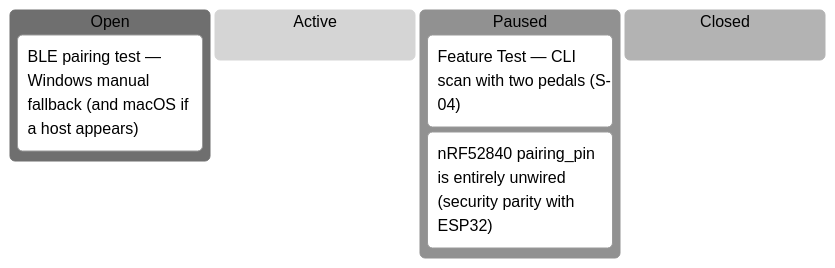
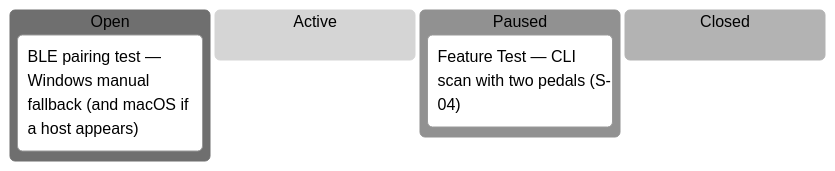
One commit to tgd1975/AwesomeGuitarPedal changed the third of 8 diagrams in docs/developers/tasks/KANBAN.md. Above: the diagram before and after it, drawn with Mermaid (neutral theme). The commit also changed other lines of this file and 438 other files, not shown here.

````diff
--- a/docs/developers/tasks/KANBAN.md
+++ b/docs/developers/tasks/KANBAN.md
@@ -25,10 +42,9 @@
 ```mermaid
 kanban
   Open
     TASK_248["BLE pairing test — Windows manual fallback (and macOS if a host appears)"]
   Active
   Paused
     TASK_226["Feature Test — CLI scan with two pedals (S-04)"]
-    TASK_249["nRF52840 pairing_pin is entirely unwired (security parity with ESP32)"]
   Closed
 ```
````
